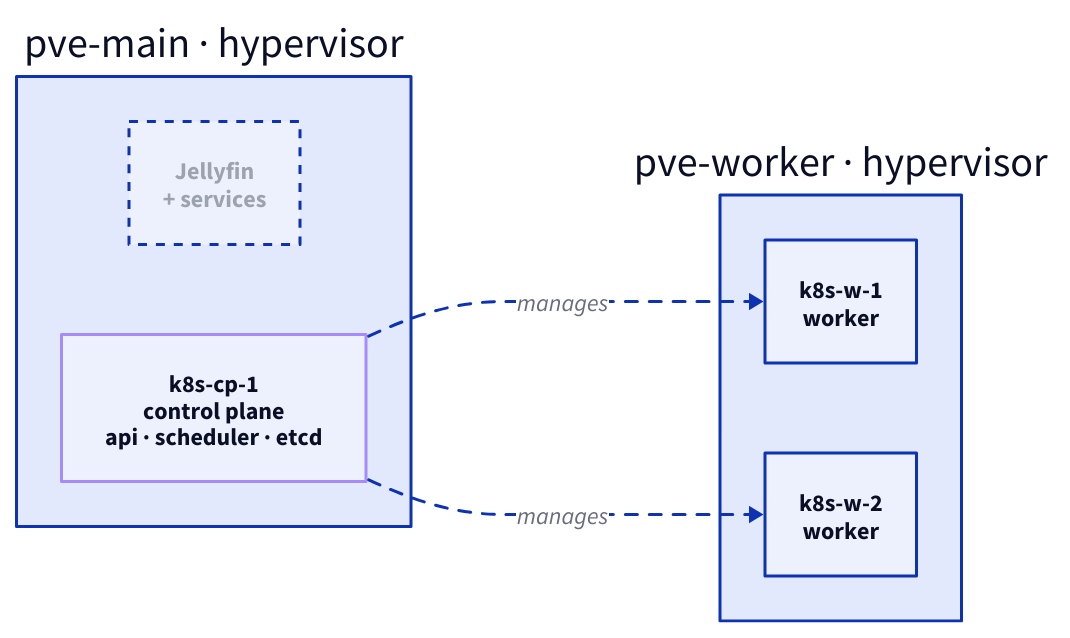
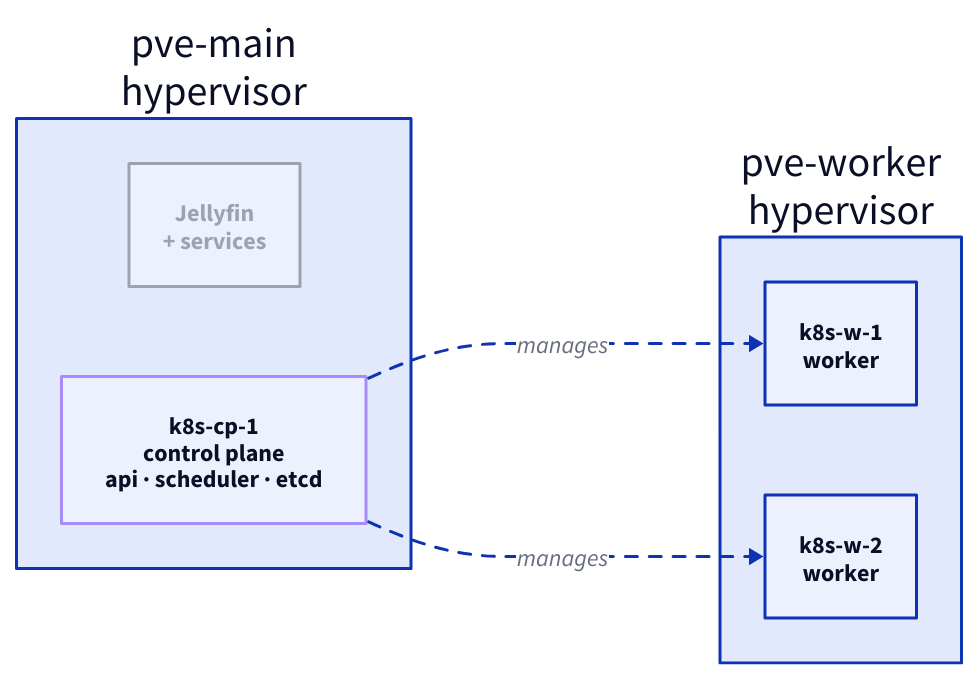
The first of 4 diagrams in courses/proxmox-k8s-homelab-go.md (michael-duren/rubber-duck), drawn with D2 before and after one commit. The commit also changed other lines of this file and 29 other files, not shown here.

````diff
--- a/courses/proxmox-k8s-homelab-go.md
+++ b/courses/proxmox-k8s-homelab-go.md
@@ -65,22 +65,22 @@
 ```d2
 direction: right
 
-main: "pve-main · hypervisor" {
+main: "pve-main\nhypervisor" {
   jelly: "Jellyfin\n+ services" {
-    style.stroke-dash: 3
+    style.stroke: "#9ca3af"
     style.font-color: "#9ca3af"
   }
   cp: "k8s-cp-1\ncontrol plane\napi · scheduler · etcd" {
     style.stroke: "#a78bfa"
     style.stroke-width: 2
   }
 }
 
-worker: "pve-worker · hypervisor" {
+worker: "pve-worker\nhypervisor" {
   w1: "k8s-w-1\nworker"
   w2: "k8s-w-2\nworker"
 }
 
 main.cp -> worker.w1: manages {style.stroke-dash: 4}
 main.cp -> worker.w2: manages {style.stroke-dash: 4}
 ```
````
